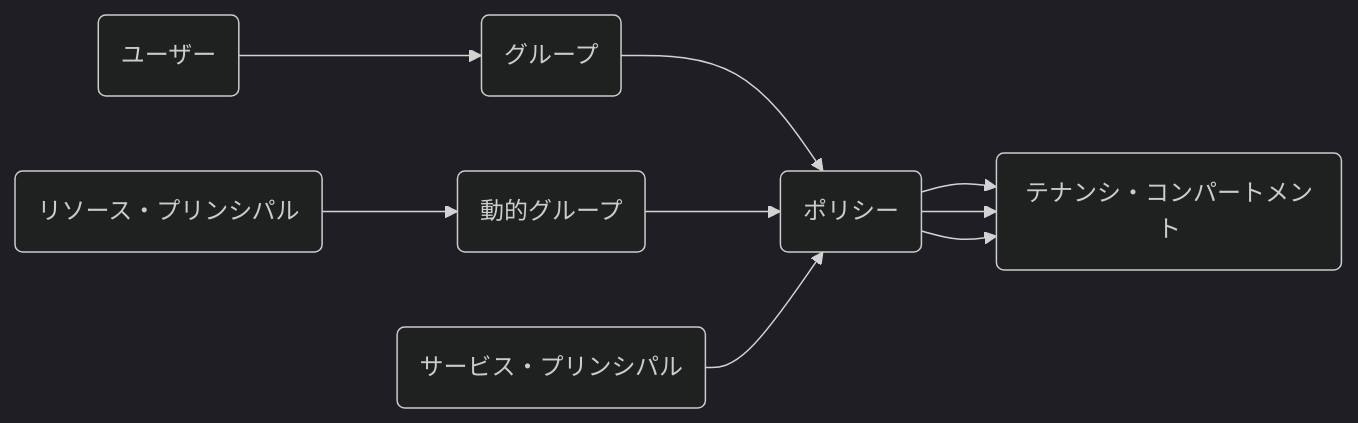
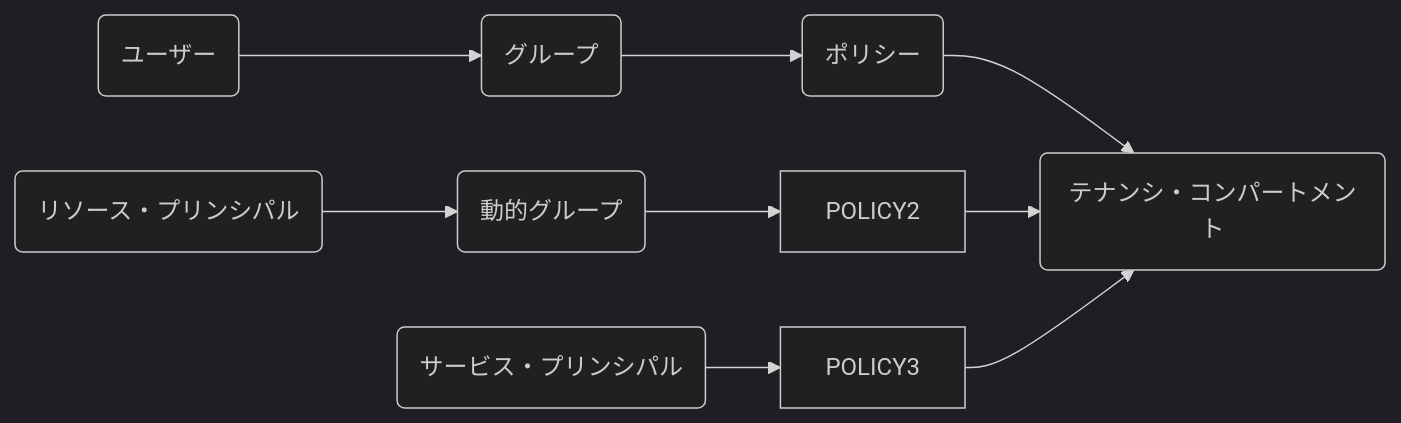
One commit to nonsugar-go/study changed the third of 3 diagrams in cloud-computing/oci/iam.md. Above: the diagram before and after it, drawn with Mermaid (dark theme).

````diff
--- a/cloud-computing/oci/iam.md
+++ b/cloud-computing/oci/iam.md
@@ -154,7 +154,7 @@
 ```mermaid
 flowchart LR
 
-USER(ユーザー) --> GROUP(グループ) --> POLICY(ポリシー) --> TENANCY(テナンシ・コンパートメント)
-RESOURCE(リソース・プリンシパル) --> DGROUP(動的グループ) --> POLICY --> TENANCY
-SERVIE(サービス・プリンシパル) --> POLICY --> TENANCY
+USER(ユーザー) --> GROUP(グループ) --> POLICY1(ポリシー) --> TENANCY(テナンシ・コンパートメント)
+RESOURCE(リソース・プリンシパル) --> DGROUP(動的グループ) --> POLICY2 --> TENANCY
+SERVIE(サービス・プリンシパル) --> POLICY3 --> TENANCY
 ```
````
